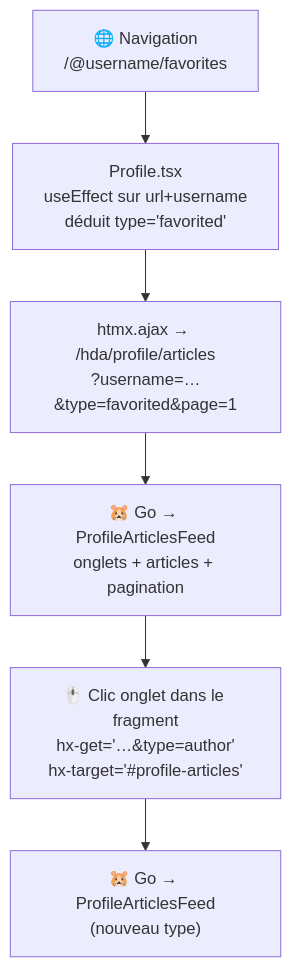
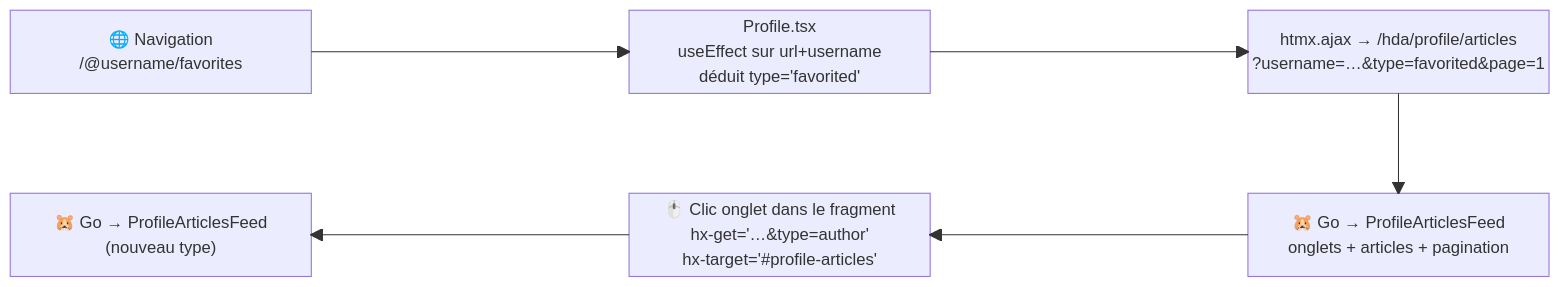
Before and after one commit to StephaneTrebel/htmx-de-maniere-simplix: the fifth of 6 diagrams in presentation/slides/30-migration.md, drawn with Mermaid. The commit also changed other lines of this file and 5 other files, not shown here.

````diff
--- a/presentation/slides/30-migration.md
+++ b/presentation/slides/30-migration.md
@@ -269,11 +268,13 @@
 ```mermaid
-flowchart TD
-    A["🌐 Navigation<br/>/@username/favorites"]
-    B["Profile.tsx<br/>useEffect sur url+username<br/>déduit type='favorited'"]
-    C["htmx.ajax → /hda/profile/articles<br/>?username=…&type=favorited&page=1"]
-    D["🐹 Go → ProfileArticlesFeed<br/>onglets + articles + pagination"]
-    E["🖱️ Clic onglet dans le fragment<br/>hx-get='…&type=author'<br/>hx-target='#profile-articles'"]
-    F["🐹 Go → ProfileArticlesFeed<br/>(nouveau type)"]
+block-beta
+    columns 5
+    A["🌐 Navigation<br/>/@username/favorites"] space B["Profile.tsx<br/>useEffect sur url+username<br/>déduit type='favorited'"] space C["htmx.ajax → /hda/profile/articles<br/>?username=…&type=favorited&page=1"]
+    space space space space space 
+    F["🐹 Go → ProfileArticlesFeed<br/>(nouveau type)"] space E["🖱️ Clic onglet dans le fragment<br/>hx-get='…&type=author'<br/>hx-target='#profile-articles'"] space D["🐹 Go → ProfileArticlesFeed<br/>onglets + articles + pagination"]
 
-    A --> B --> C --> D --> E --> F
+    A-->B
+    B-->C
+    C-->D
+    D-->E
+    E-->F
 ```
````
